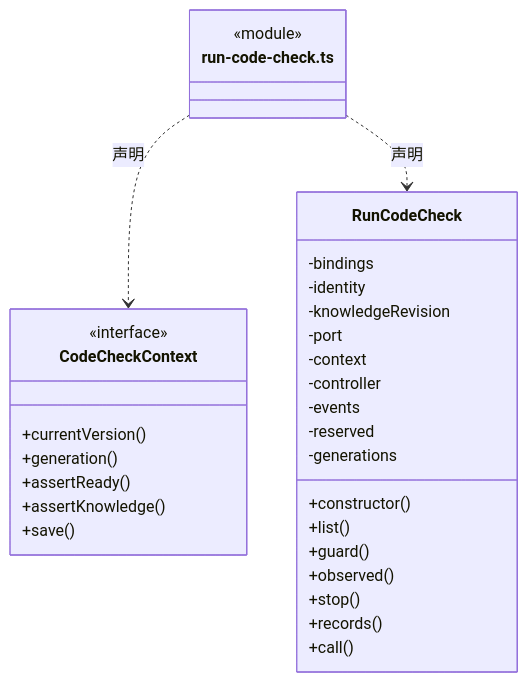
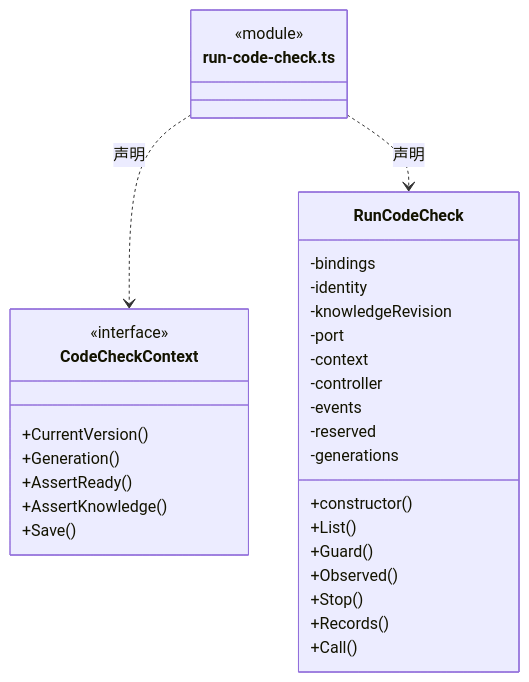
One commit to nan023062/cbim changed the tenth of 18 diagrams in src/logic/execution/rules/capabilities/ARCHITECTURE.md. Above: the diagram before and after it, drawn with Mermaid. The commit also changed other lines of this file and 1035 other files, not shown here.

````diff
--- a/src/logic/execution/rules/capabilities/ARCHITECTURE.md
+++ b/src/logic/execution/rules/capabilities/ARCHITECTURE.md
@@ -257,34 +257,34 @@
 ```mermaid
 classDiagram
 class N_src_logic_execution_rules_capabilities_run_code_check_ts["run-code-check.ts"] {
   <<module>>
 }
 class N_src_logic_execution_rules_capabilities_run_code_check_ts_CodeCheckContext["CodeCheckContext"] {
   <<interface>>
-  +currentVersion()
-  +generation()
-  +assertReady()
-  +assertKnowledge()
-  +save()
+  +CurrentVersion()
+  +Generation()
+  +AssertReady()
+  +AssertKnowledge()
+  +Save()
 }
 N_src_logic_execution_rules_capabilities_run_code_check_ts ..> N_src_logic_execution_rules_capabilities_run_code_check_ts_CodeCheckContext : 声明
 class N_src_logic_execution_rules_capabilities_run_code_check_ts_RunCodeCheck["RunCodeCheck"] {
   +constructor()
-  +list()
-  +guard()
-  +observed()
-  +stop()
-  +records()
-  +call()
+  +List()
+  +Guard()
+  +Observed()
+  +Stop()
+  +Records()
+  +Call()
   -bindings
   -identity
   -knowledgeRevision
   -port
   -context
   -controller
   -events
   -reserved
   -generations
 }
 N_src_logic_execution_rules_capabilities_run_code_check_ts ..> N_src_logic_execution_rules_capabilities_run_code_check_ts_RunCodeCheck : 声明
 ```
````
